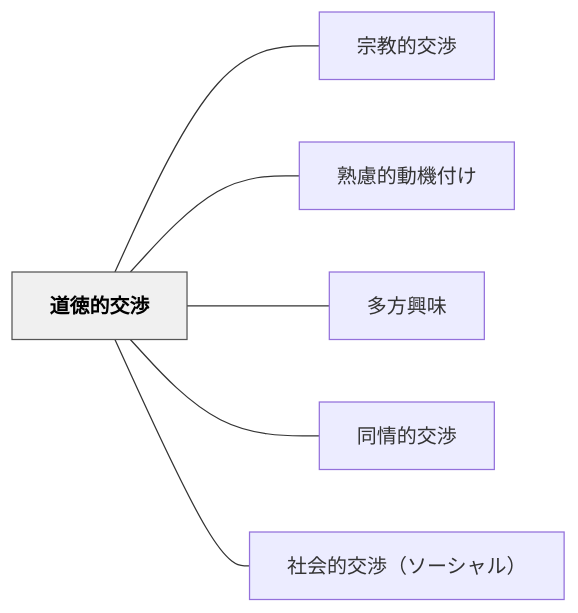
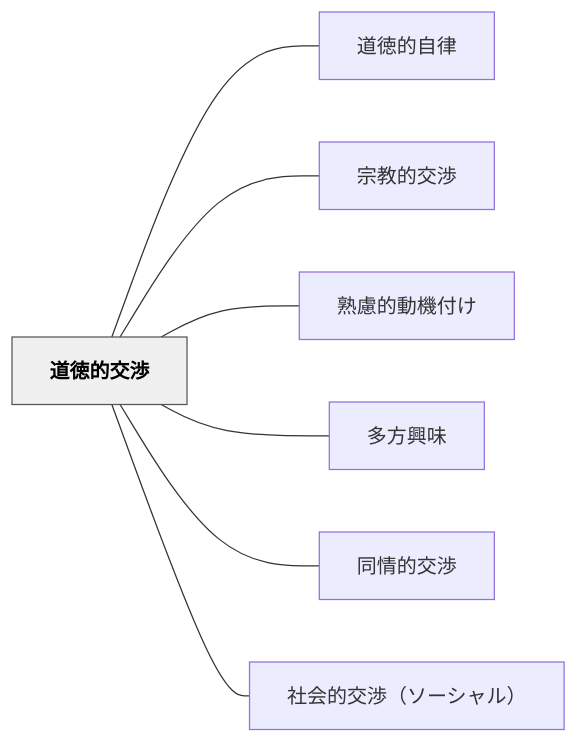
The diagram in content/パタン/道徳的交渉.md (unknownthings-ed-patterns/unknownthings-ed-patterns), drawn with Mermaid before and after one commit. The commit also changed other lines of this file and 12 other files, not shown here.

````diff
--- a/content/パタン/道徳的交渉.md
+++ b/content/パタン/道徳的交渉.md
@@ -37,18 +37,20 @@
 ```mermaid
 flowchart LR
     ne98193e5beb3e79a84e4baa4e6b889["道徳的交渉"]
+    ne98193e5beb3e79a84e887aae5be8b["道徳的自律"]
     ne5ae97e69599e79a84e4baa4e6b889["宗教的交渉"]
     ne7869fe685aee79a84e58b95e6a99fe4bb98e38191["熟慮的動機付け"]
     ne5a49ae696b9e88888e591b3["多方興味"]
     ne5908ce68385e79a84e4baa4e6b889["同情的交渉"]
     ne7a4bee4bc9ae79a84e4baa4e6b889efbc88e382bde383bce382b7e383a3e383abefbc89["社会的交渉（ソーシャル）"]
 
+    ne98193e5beb3e79a84e4baa4e6b889 --- ne98193e5beb3e79a84e887aae5be8b
     ne98193e5beb3e79a84e4baa4e6b889 --- ne5ae97e69599e79a84e4baa4e6b889
     ne98193e5beb3e79a84e4baa4e6b889 --- ne7869fe685aee79a84e58b95e6a99fe4bb98e38191
     ne98193e5beb3e79a84e4baa4e6b889 --- ne5a49ae696b9e88888e591b3
     ne98193e5beb3e79a84e4baa4e6b889 --- ne5908ce68385e79a84e4baa4e6b889
     ne98193e5beb3e79a84e4baa4e6b889 --- ne7a4bee4bc9ae79a84e4baa4e6b889efbc88e382bde383bce382b7e383a3e383abefbc89
 
     classDef hub fill:#f0f0f0,stroke:#555,color:#000,font-weight:bold
     class ne98193e5beb3e79a84e4baa4e6b889 hub
 ```
````
